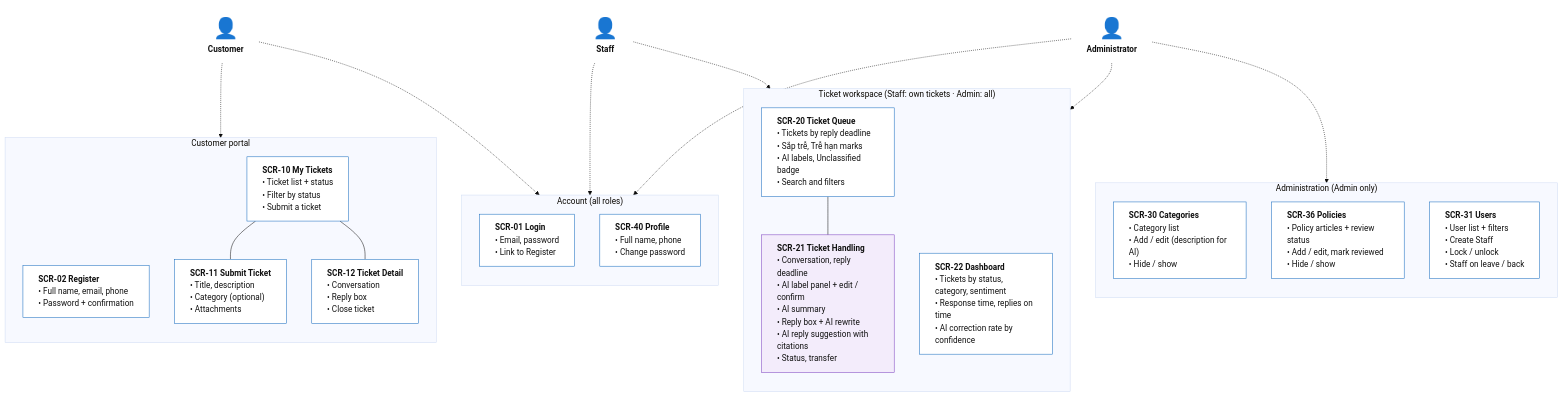
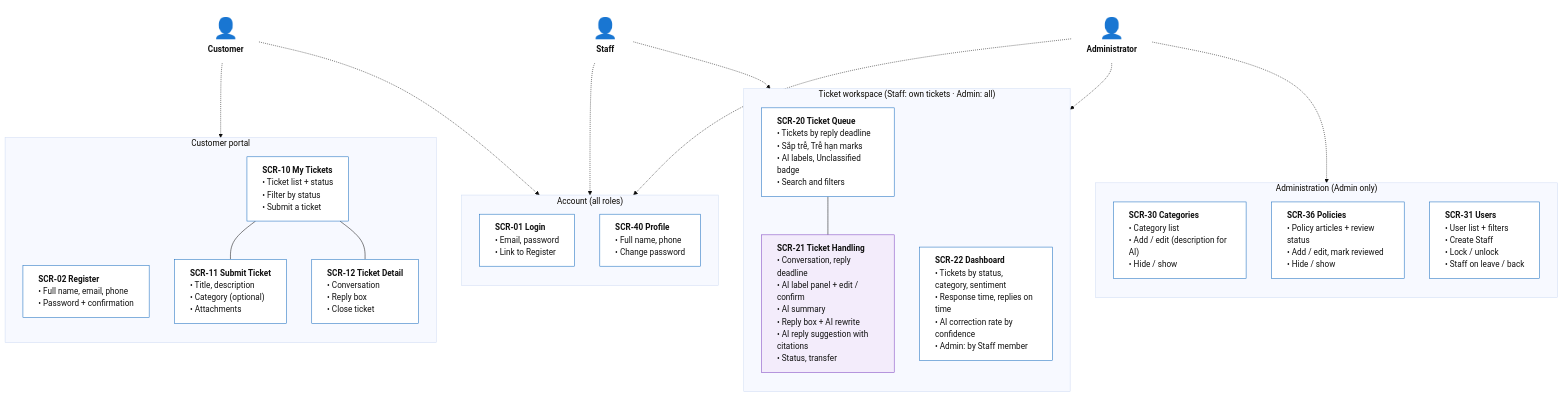
One commit to minhtuann1102/HelpdeskAI changed the second of 3 diagrams in README.md. Above: the diagram before and after it, drawn with Mermaid (base theme). The commit also changed other lines of this file and 20 other files, not shown here.

First line of the commit message:
docs: add the dashboard table by Staff member (D-38)

````diff
--- a/README.md
+++ b/README.md
@@ -122,52 +122,52 @@
 ```mermaid
 flowchart TB
     customer["<span style='font-size:40px'>👤</span><br/><b>Customer</b>"]
     staff["<span style='font-size:40px'>👤</span><br/><b>Staff</b>"]
     admin["<span style='font-size:40px'>👤</span><br/><b>Administrator</b>"]
 
     subgraph portal["Customer portal"]
         direction TB
         register["<b>SCR-02 Register</b><br/>• Full name, email, phone<br/>• Password + confirmation"]
         myTickets["<b>SCR-10 My Tickets</b><br/>• Ticket list + status<br/>• Filter by status<br/>• Submit a ticket"]
         submit["<b>SCR-11 Submit Ticket</b><br/>• Title, description<br/>• Category (optional)<br/>• Attachments"]
         custDetail["<b>SCR-12 Ticket Detail</b><br/>• Conversation<br/>• Reply box<br/>• Close ticket"]
         myTickets --- submit
         myTickets --- custDetail
     end
 
     subgraph account["Account (all roles)"]
         direction TB
         login["<b>SCR-01 Login</b><br/>• Email, password<br/>• Link to Register"]
         profile["<b>SCR-40 Profile</b><br/>• Full name, phone<br/>• Change password"]
     end
 
     subgraph workspace["Ticket workspace (Staff: own tickets · Admin: all)"]
         direction TB
         queue["<b>SCR-20 Ticket Queue</b><br/>• Tickets by reply deadline<br/>• Sắp trễ, Trễ hạn marks<br/>• AI labels, Unclassified badge<br/>• Search and filters"]
         handling["<b>SCR-21 Ticket Handling</b><br/>• Conversation, reply deadline<br/>• AI label panel + edit / confirm<br/>• AI summary<br/>• Reply box + AI rewrite<br/>• AI reply suggestion with citations<br/>• Status, transfer"]
-        dashboard["<b>SCR-22 Dashboard</b><br/>• Tickets by status, category, sentiment<br/>• Response time, replies on time<br/>• AI correction rate by confidence"]
+        dashboard["<b>SCR-22 Dashboard</b><br/>• Tickets by status, category, sentiment<br/>• Response time, replies on time<br/>• AI correction rate by confidence<br/>• Admin: by Staff member"]
         queue --- handling
     end
 
     subgraph administration["Administration (Admin only)"]
         direction TB
         categories["<b>SCR-30 Categories</b><br/>• Category list<br/>• Add / edit (description for AI)<br/>• Hide / show"]
         policies["<b>SCR-36 Policies</b><br/>• Policy articles + review status<br/>• Add / edit, mark reviewed<br/>• Hide / show"]
         users["<b>SCR-31 Users</b><br/>• User list + filters<br/>• Create Staff<br/>• Lock / unlock<br/>• Staff on leave / back"]
     end
 
     customer -.-> portal
     customer -.-> account
     staff -.-> account
     staff -.-> workspace
     admin -.-> account
     admin -.-> workspace
     admin -.-> administration
 
     classDef actor fill:none,stroke:none,color:#111
     classDef screen fill:#fff,color:#111,stroke:#1168bd,text-align:left
     classDef ai fill:#f3ecfb,color:#111,stroke:#7b3fbf,text-align:left
     class customer,staff,admin actor
     class login,register,profile,myTickets,submit,custDetail,queue,dashboard,categories,users,policies screen
     class handling ai
 ```
````
